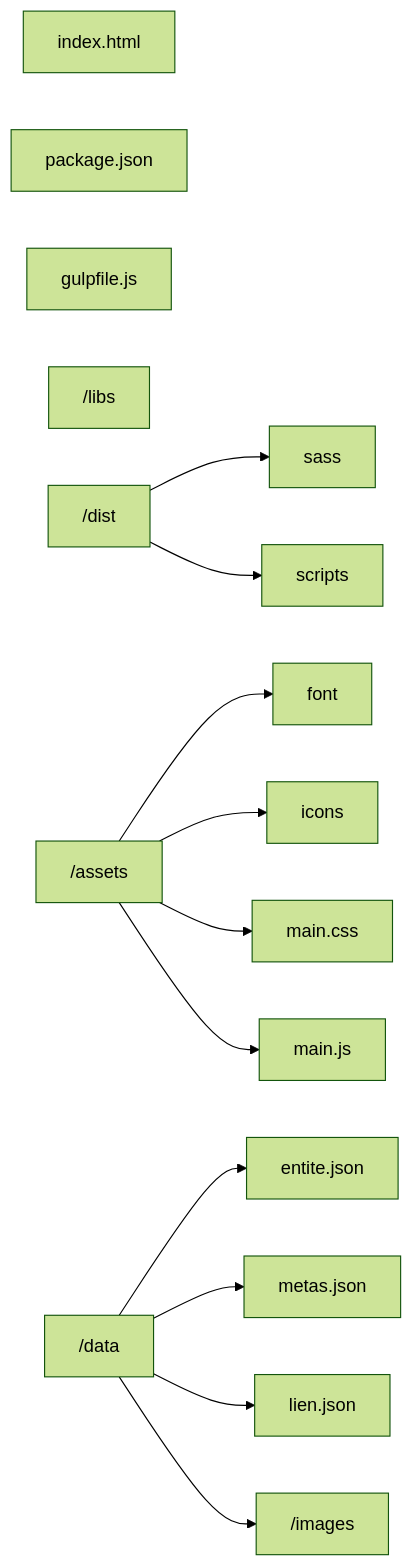
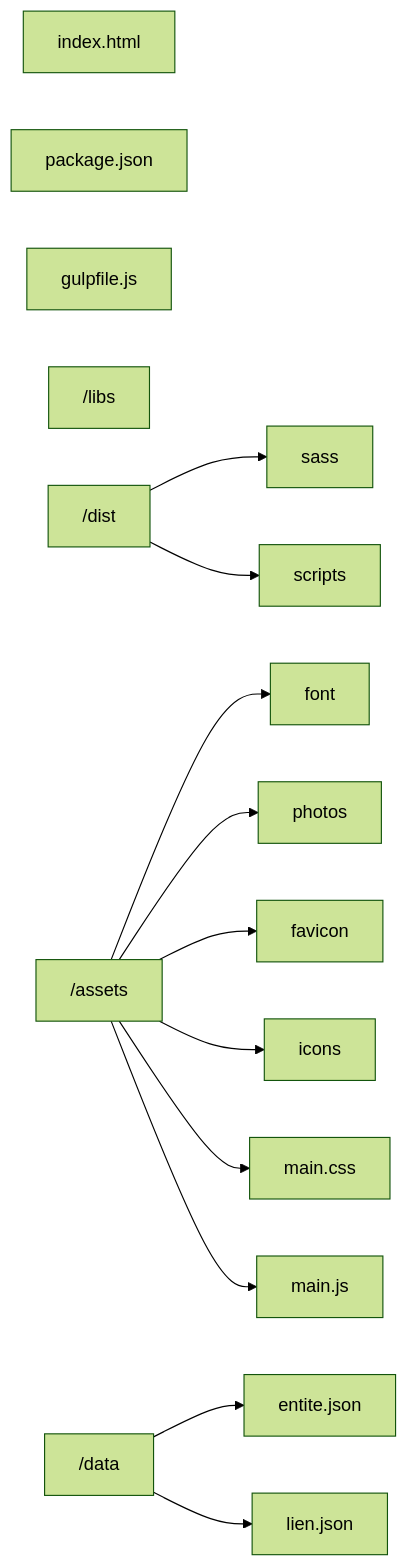
One commit to graphlab-fr/opensphere-web-app changed the first of 2 diagrams in doc/en/docs/development/architecture-source-code.md. Above: the diagram before and after it, drawn with Mermaid (forest theme). The commit also changed 7 other files, not shown here.

````diff
--- a/doc/en/docs/development/architecture-source-code.md
+++ b/doc/en/docs/development/architecture-source-code.md
@@ -16,17 +16,17 @@
 ```mermaid
 graph LR
 	index.html
 	package.json
 	gulpfile.js
 	/libs
 	/dist --> sass
 	/dist --> scripts
 	/assets --> font
+	/assets --> photos
+	/assets --> favicon
 	/assets --> icons
 	/assets --> main.css
 	/assets --> main.js
 	/data --> entite.json
-	/data --> metas.json
 	/data --> lien.json
-	/data --> /images
 ```
````
